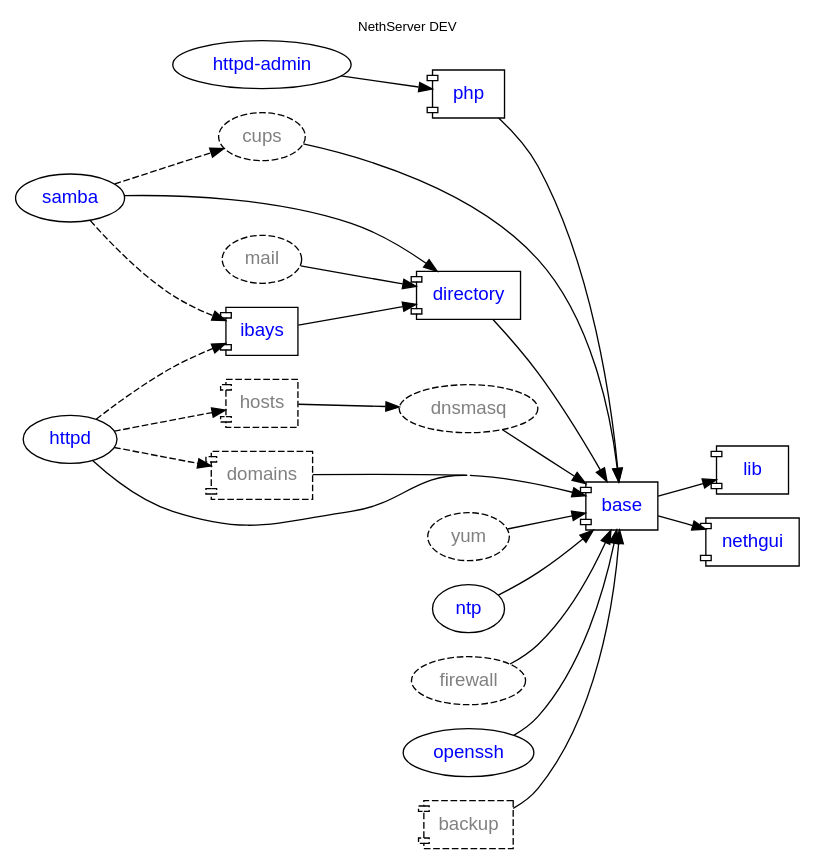
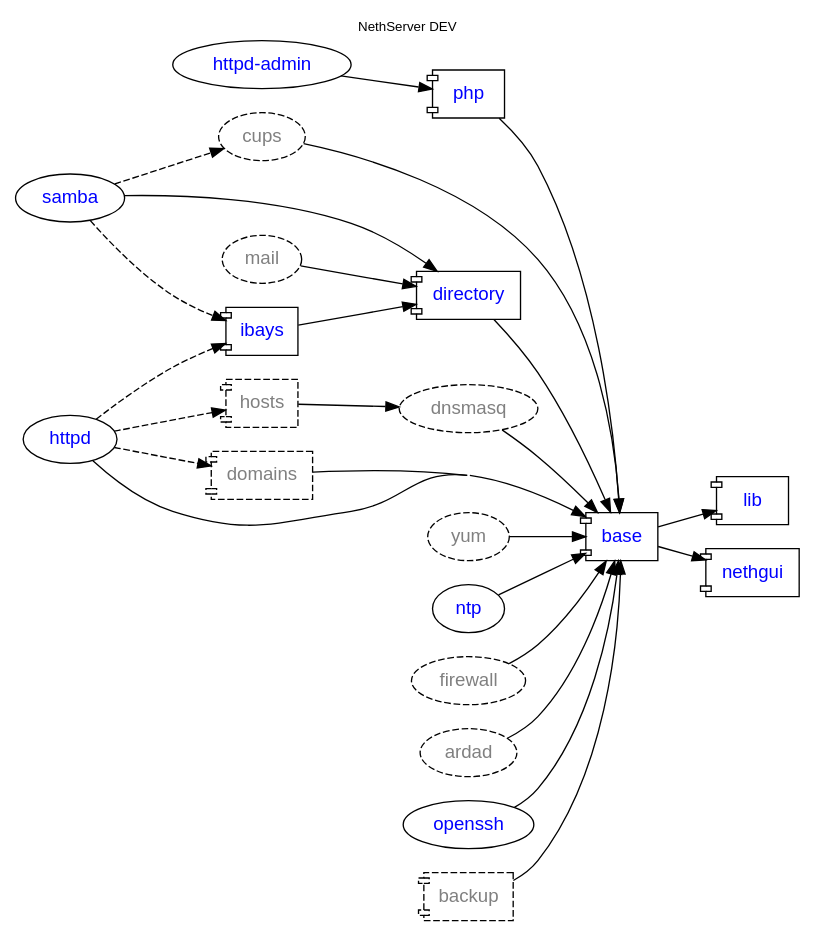
The diagram in nethserver/package-dependencies.dot (nethesis/dev-nethesis-it), drawn with Graphviz before and after one commit.

Commit message:
Added ardad package

```diff
--- a/nethserver/package-dependencies.dot
+++ b/nethserver/package-dependencies.dot
@@ -1,49 +1,51 @@
 digraph DEV {
     rankdir = "LR"; compound = true; concentrate = true; fontname = "Helvetica"; fontnames="svg"; fontsize=10.0; label="NethServer DEV"; labelloc = "t"
     node [shape="oval",fontname="Helvetica"];
     httpd_admin [fontcolor=blue,label="httpd-admin",URL="http://dev.nethesis.it/projects/nethserver-httpd-admin"];
     base [fontcolor=blue,URL="http://dev.nethesis.it/projects/nethserver-base",shape="component"];
     directory [fontcolor=blue,URL="http://dev.nethesis.it/projects/nethserver-directory",shape="component"];    
     samba [fontcolor=blue,URL="http://dev.nethesis.it/projects/nethserver-samba"];    
     ibays [fontcolor=blue,URL="http://dev.nethesis.it/projects/nethserver-ibays",shape="component"];    
     lib [fontcolor=blue,URL="http://dev.nethesis.it/projects/nethserver-lib",shape="component"];    
     httpd [fontcolor=blue,URL="http://dev.nethesis.it/projects/nethserver-httpd"];    
     hosts [style="dashed",fontcolor=gray,URL="http://dev.nethesis.it/projects/nethserver-hosts",shape="component"];
     php [fontcolor=blue,URL="http://dev.nethesis.it/projects/nethserver-php",shape="component"];
     domains [style="dashed",fontcolor=gray,URL="http://dev.nethesis.it/projects/nethserver-domains",shape="component"];
     yum [fontcolor=gray,URL="http://dev.nethesis.it/projects/nethserver-yum",style="dashed"];
     ntp [fontcolor=blue,URL="http://dev.nethesis.it/projects/nethserver-ntp"];
     dnsmasq [fontcolor=gray,URL="http://dev.nethesis.it/projects/nethserver-dnsmasq",style="dashed"];
     mail [fontcolor=gray,URL="http://dev.nethesis.it/projects/nethserver-mail",style="dashed"];
     cups [fontcolor=gray,URL="http://dev.nethesis.it/projects/nethserver-cups",style="dashed"];
     firewall [fontcolor=gray,URL="http://dev.nethesis.it/projects/nethserver-firewall",style="dashed"];
+    ardad [fontcolor=gray,style="dashed"];
     nethgui [fontcolor=blue,URL="http://dev.nethesis.it/projects/nethgui",shape="component"];    
     openssh [fontcolor=blue,URL="http://dev.nethesis.it/projects/nethserver-openssh"];
     backup [style="dashed",fontcolor=gray,shape="component"];
    
             
     base -> lib
     base -> nethgui
     openssh -> base
     directory -> base
     samba -> directory
     ibays -> directory
     httpd -> base
     hosts -> dnsmasq
     dnsmasq -> base
     httpd_admin -> php
     backup -> base
     samba -> ibays [style=dashed];
     httpd -> ibays [style=dashed]; 
     httpd -> hosts [style=dashed];
     httpd -> domains [style=dashed];
     domains -> base
     yum -> base
     ntp -> base
     php -> base
     cups -> base
     samba -> cups [style=dashed]
     mail -> directory
     firewall -> base
+    ardad -> base
         
 }
```
